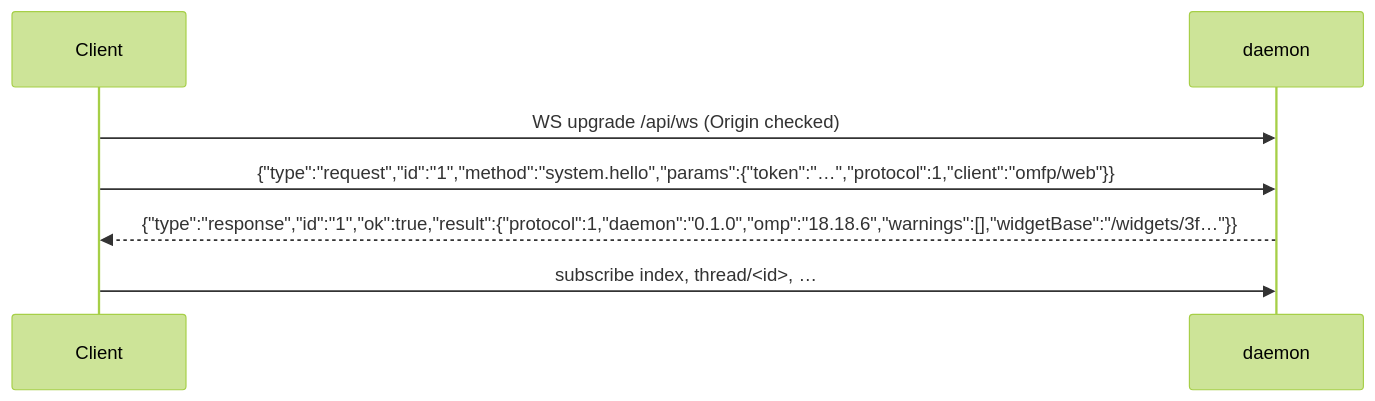
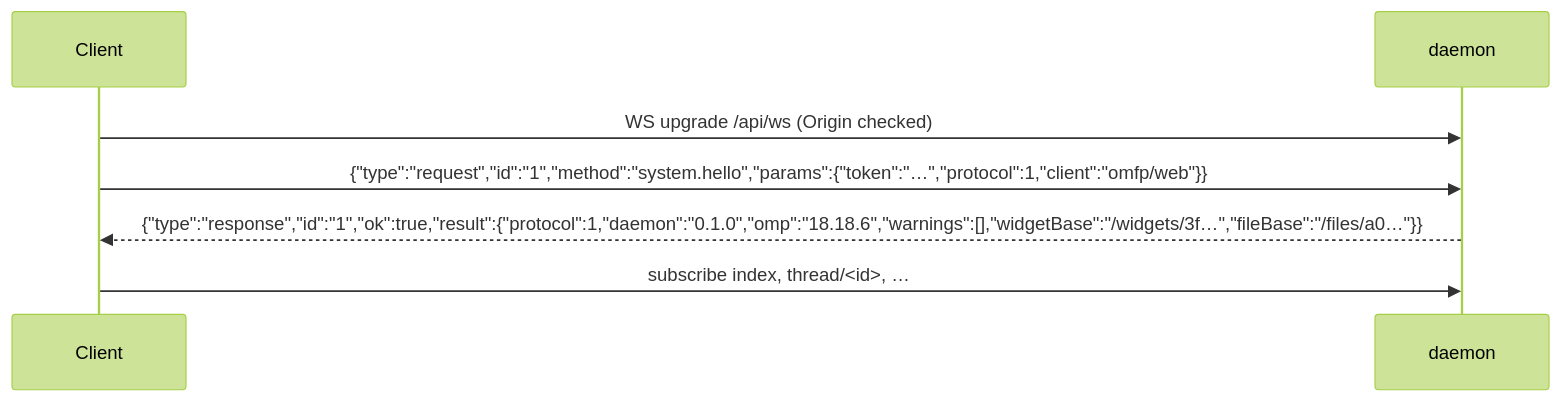
The diagram in docs/specs/03-protocol.md (TonioGela/omfp), drawn with Mermaid (forest theme) before and after one commit. The commit also changed other lines of this file and 28 other files, not shown here.

First line of the commit message:
feat(daemon): serve the raw bytes of workspace files under a secret fileBase

````diff
--- a/docs/specs/03-protocol.md
+++ b/docs/specs/03-protocol.md
@@ -10,9 +11,9 @@
 ```mermaid
 sequenceDiagram
   participant C as Client
   participant D as daemon
   C->>D: WS upgrade /api/ws (Origin checked)
   C->>D: {"type":"request","id":"1","method":"system.hello","params":{"token":"…","protocol":1,"client":"omfp/web"}}
-  D-->>C: {"type":"response","id":"1","ok":true,"result":{"protocol":1,"daemon":"0.1.0","omp":"18.18.6","warnings":[],"widgetBase":"/widgets/3f…"}}
+  D-->>C: {"type":"response","id":"1","ok":true,"result":{"protocol":1,"daemon":"0.1.0","omp":"18.18.6","warnings":[],"widgetBase":"/widgets/3f…","fileBase":"/files/a0…"}}
   C->>D: subscribe index, thread/<id>, …
 ```
````
